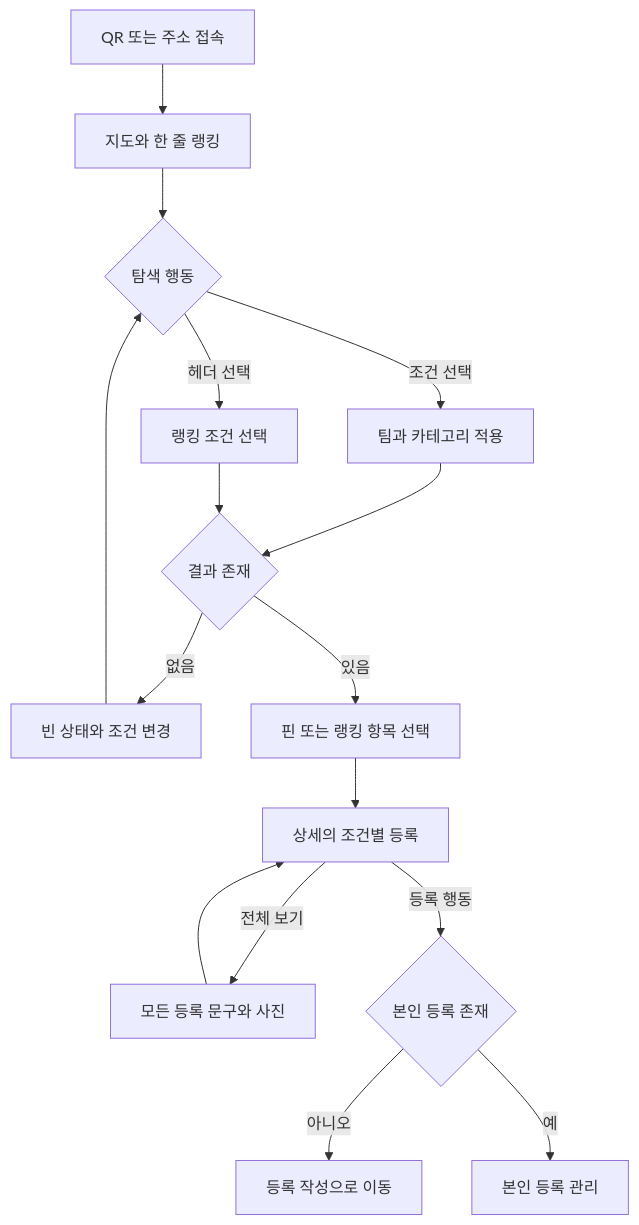
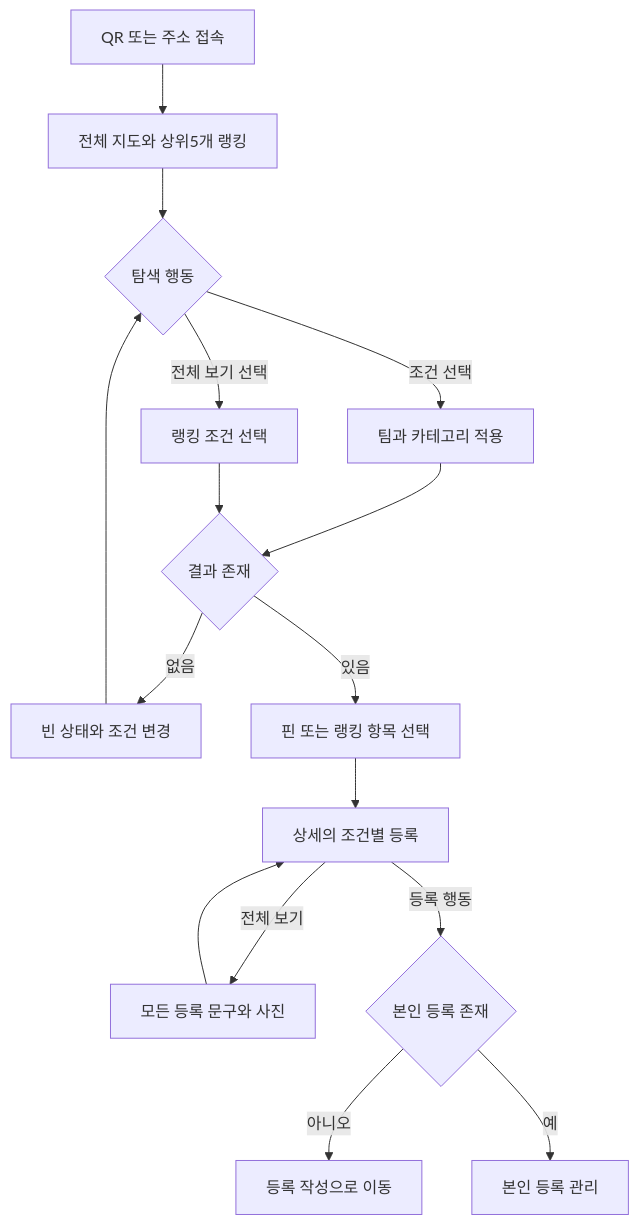
One commit to tunggary/it-center-food-map changed the first of 5 diagrams in docs/2-user-story/participant.md. Above: the diagram before and after it, drawn with Mermaid. The commit also changed other lines of this file and 9 other files, not shown here.

````diff
--- a/docs/2-user-story/participant.md
+++ b/docs/2-user-story/participant.md
@@ -133,18 +133,18 @@
 ```mermaid
 flowchart TD
-    visit["QR 또는 주소 접속"] --> home["지도와 한 줄 랭킹"]
+    visit["QR 또는 주소 접속"] --> home["전체 지도와 상위5개 랭킹"]
     home --> choose{"탐색 행동"}
     choose -->|"조건 선택"| filter["팀과 카테고리 적용"]
-    choose -->|"헤더 선택"| ranks["랭킹 조건 선택"]
+    choose -->|"전체 보기 선택"| ranks["랭킹 조건 선택"]
     filter --> results{"결과 존재"}
     ranks --> results
     results -->|"없음"| empty["빈 상태와 조건 변경"]
     empty --> choose
     results -->|"있음"| selectItem["핀 또는 랭킹 항목 선택"]
     selectItem --> detail["상세의 조건별 등록"]
     detail -->|"전체 보기"| allItems["모든 등록 문구와 사진"]
     detail -->|"등록 행동"| own{"본인 등록 존재"}
     own -->|"아니오"| form["등록 작성으로 이동"]
     own -->|"예"| manage["본인 등록 관리"]
     allItems --> detail
 ```
````
